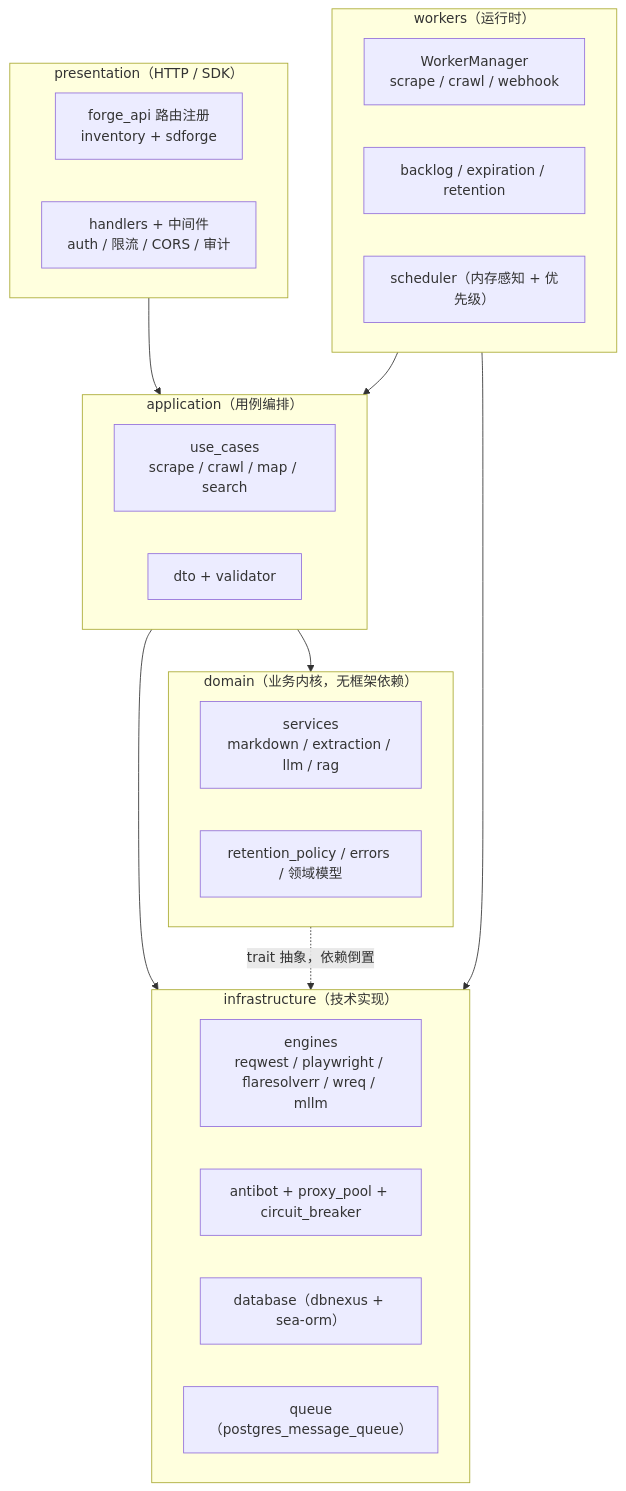
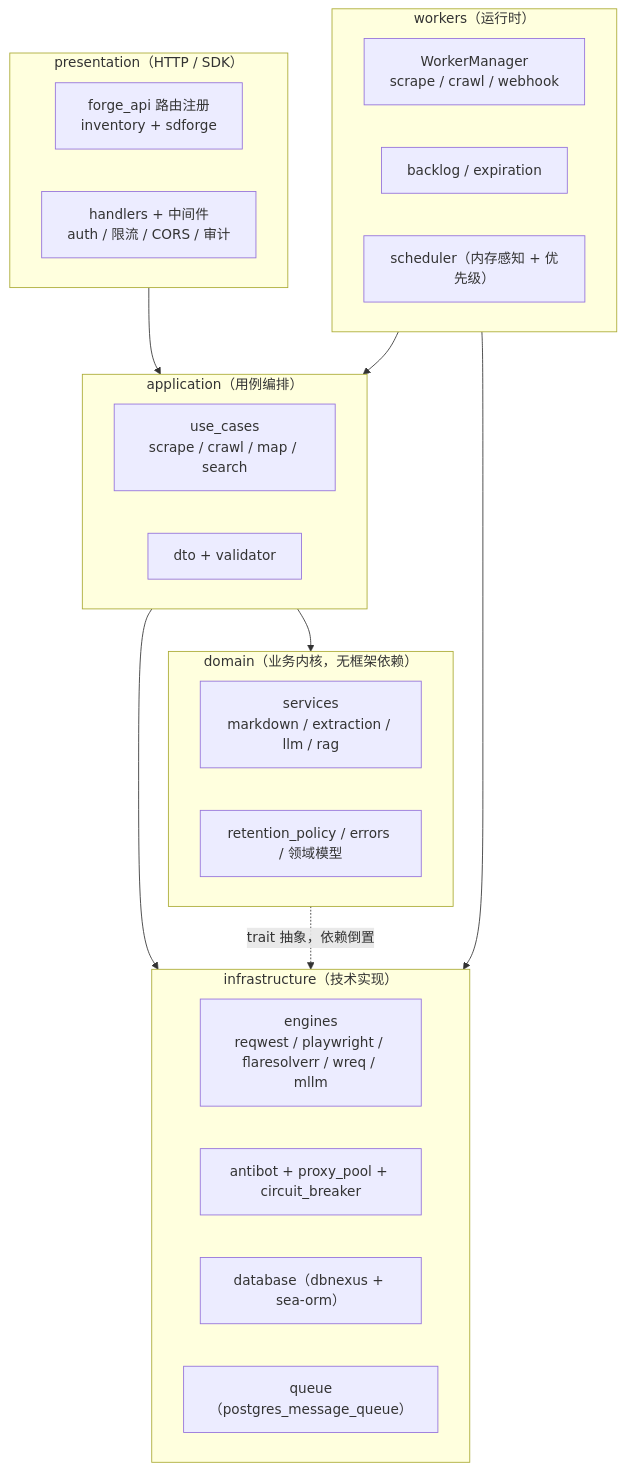
One commit to Kirky-X/crawlrs changed the diagram in docs/best-practices-benchmark.md. Above: the diagram before and after it, drawn with Mermaid. The commit also changed other lines of this file and 7 other files, not shown here.

````diff
--- a/docs/best-practices-benchmark.md
+++ b/docs/best-practices-benchmark.md
@@ -150,32 +165,32 @@
 ```mermaid
 flowchart TB
     subgraph P["presentation（HTTP / SDK）"]
         P1["forge_api 路由注册<br/>inventory + sdforge"]
         P2["handlers + 中间件<br/>auth / 限流 / CORS / 审计"]
     end
     subgraph A["application（用例编排）"]
         A1["use_cases<br/>scrape / crawl / map / search"]
         A2["dto + validator"]
     end
     subgraph D["domain（业务内核，无框架依赖）"]
         D1["services<br/>markdown / extraction / llm / rag"]
         D2["retention_policy / errors / 领域模型"]
     end
     subgraph I["infrastructure（技术实现）"]
         I1["engines<br/>reqwest / playwright / flaresolverr / wreq / mllm"]
         I2["antibot + proxy_pool + circuit_breaker"]
         I3["database（dbnexus + sea-orm）"]
         I4["queue（postgres_message_queue）"]
     end
     subgraph W["workers（运行时）"]
         W1["WorkerManager<br/>scrape / crawl / webhook"]
-        W2["backlog / expiration / retention"]
+        W2["backlog / expiration"]
         W3["scheduler（内存感知 + 优先级）"]
     end
 
     P --> A --> D
     A --> I
     D -.->|"trait 抽象，依赖倒置"| I
     W --> A
     W --> I
 ```
````
